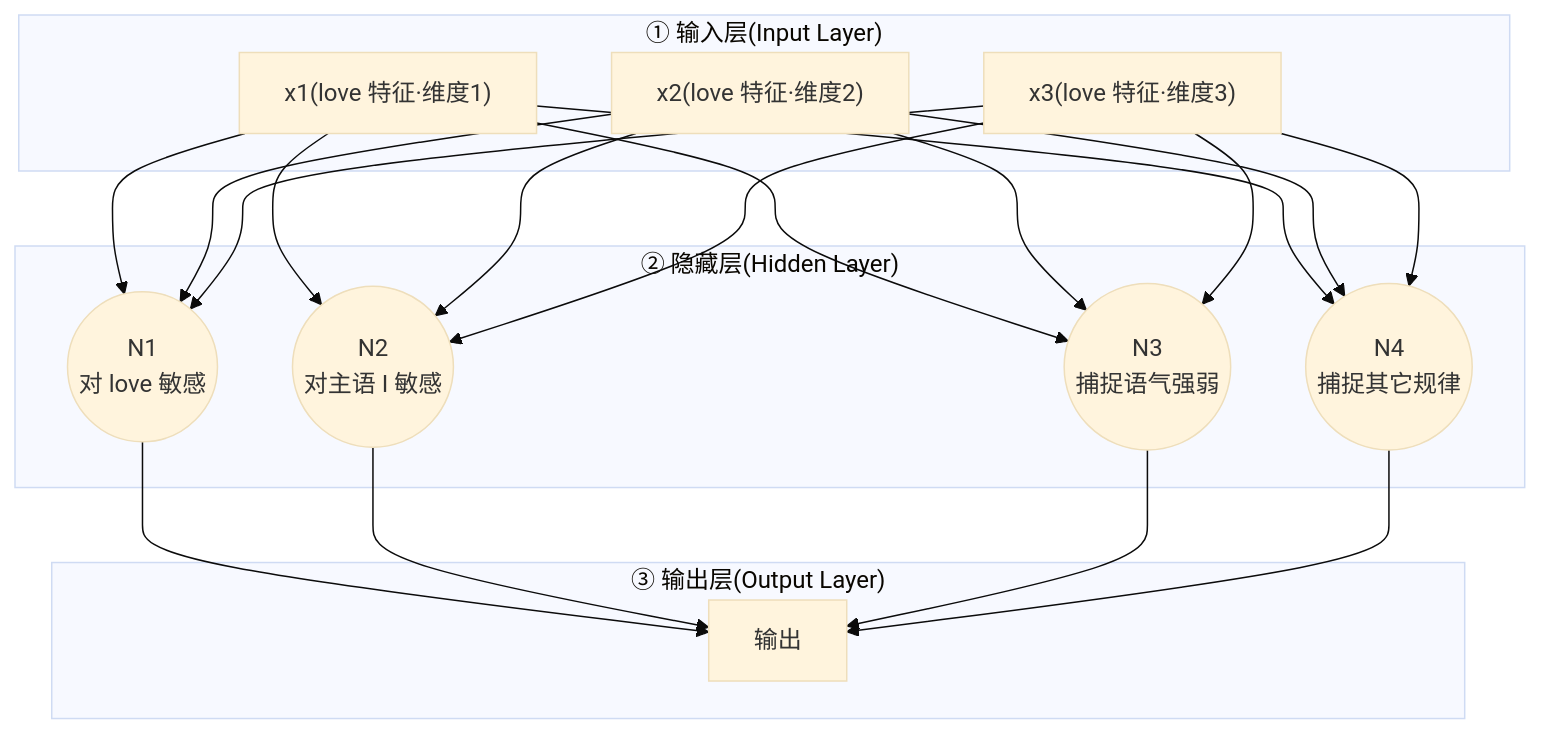
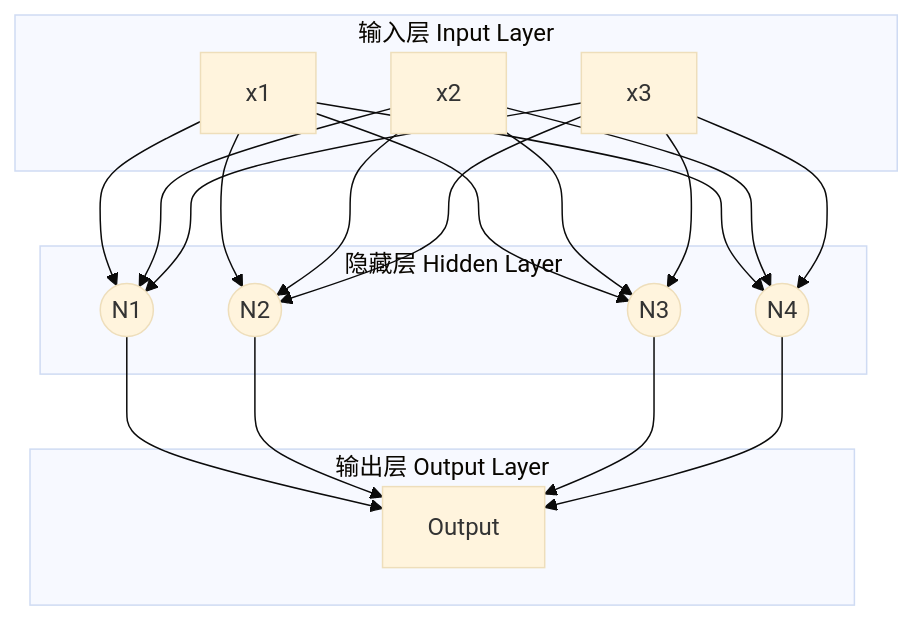
One commit to AI-learning-simple/Build-Your-Own-LLM changed the fourth of 9 diagrams in 1. LLM基础/4. 神经网络——从神经元到 MLP.md. Above: the diagram before and after it, drawn with Mermaid (base theme). The commit also changed other lines of this file and 60 other files, not shown here.

````diff
--- a/1. LLM基础/4. 神经网络——从神经元到 MLP.md
+++ b/1. LLM基础/4. 神经网络——从神经元到 MLP.md
@@ -160,18 +98,18 @@
 ```mermaid
 flowchart TD
-    subgraph L1["① 输入层(Input Layer)"]
-    x1["x1(love 特征·维度1)"]
-    x2["x2(love 特征·维度2)"]
-    x3["x3(love 特征·维度3)"]
+    subgraph L1[输入层 Input Layer]
+        x1[x1]
+        x2[x2]
+        x3[x3]
     end
-    subgraph L2["② 隐藏层(Hidden Layer)"]
-    n1(("N1<br/>对 love 敏感"))
-    n2(("N2<br/>对主语 I 敏感"))
-    n3(("N3<br/>捕捉语气强弱"))
-    n4(("N4<br/>捕捉其它规律"))
+    subgraph L2[隐藏层 Hidden Layer]
+        n1((N1))
+        n2((N2))
+        n3((N3))
+        n4((N4))
     end
-    subgraph L3["③ 输出层(Output Layer)"]
-    O[输出]
+    subgraph L3[输出层 Output Layer]
+        o[Output]
     end
-    x1 & x2 & x3 --> n1 & n2 & n3 & n4 --> O
+    x1 & x2 & x3 --> n1 & n2 & n3 & n4 --> o
 ```
````
